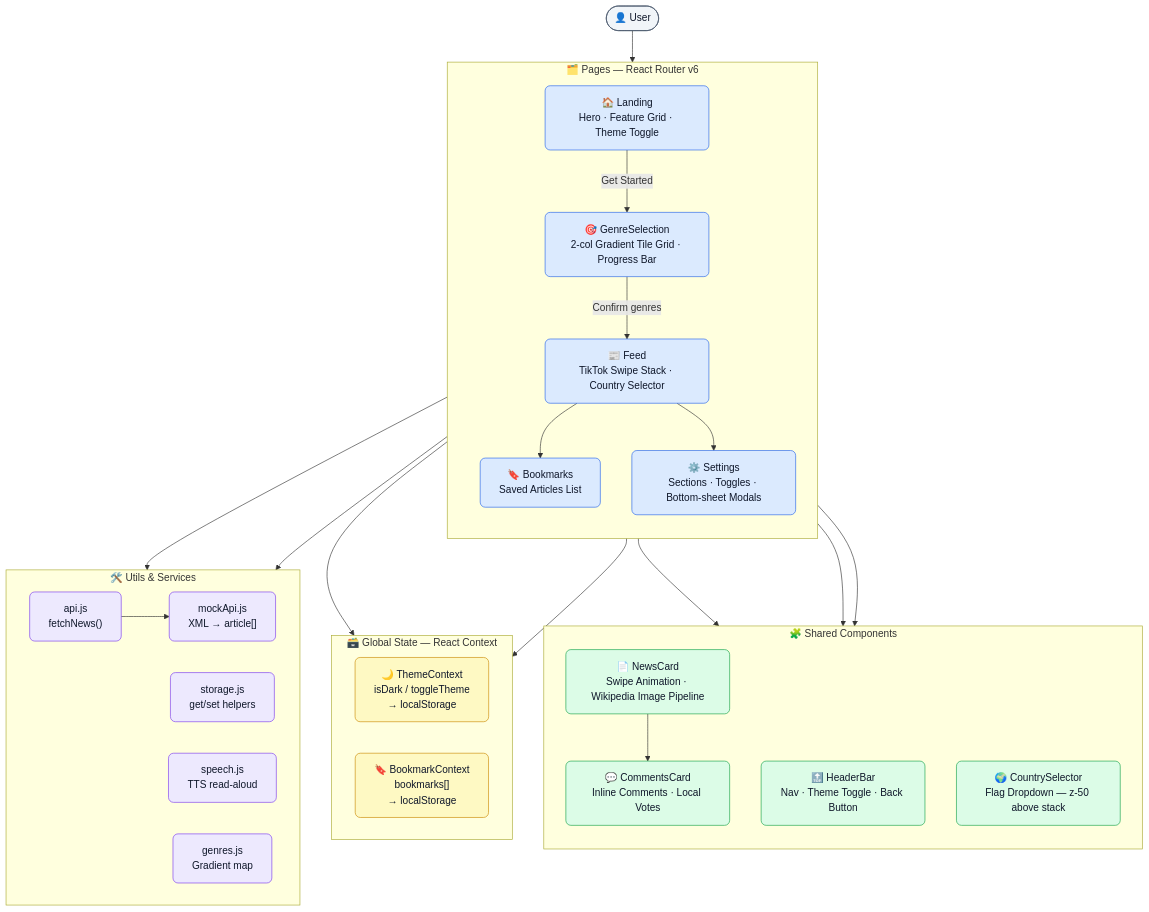
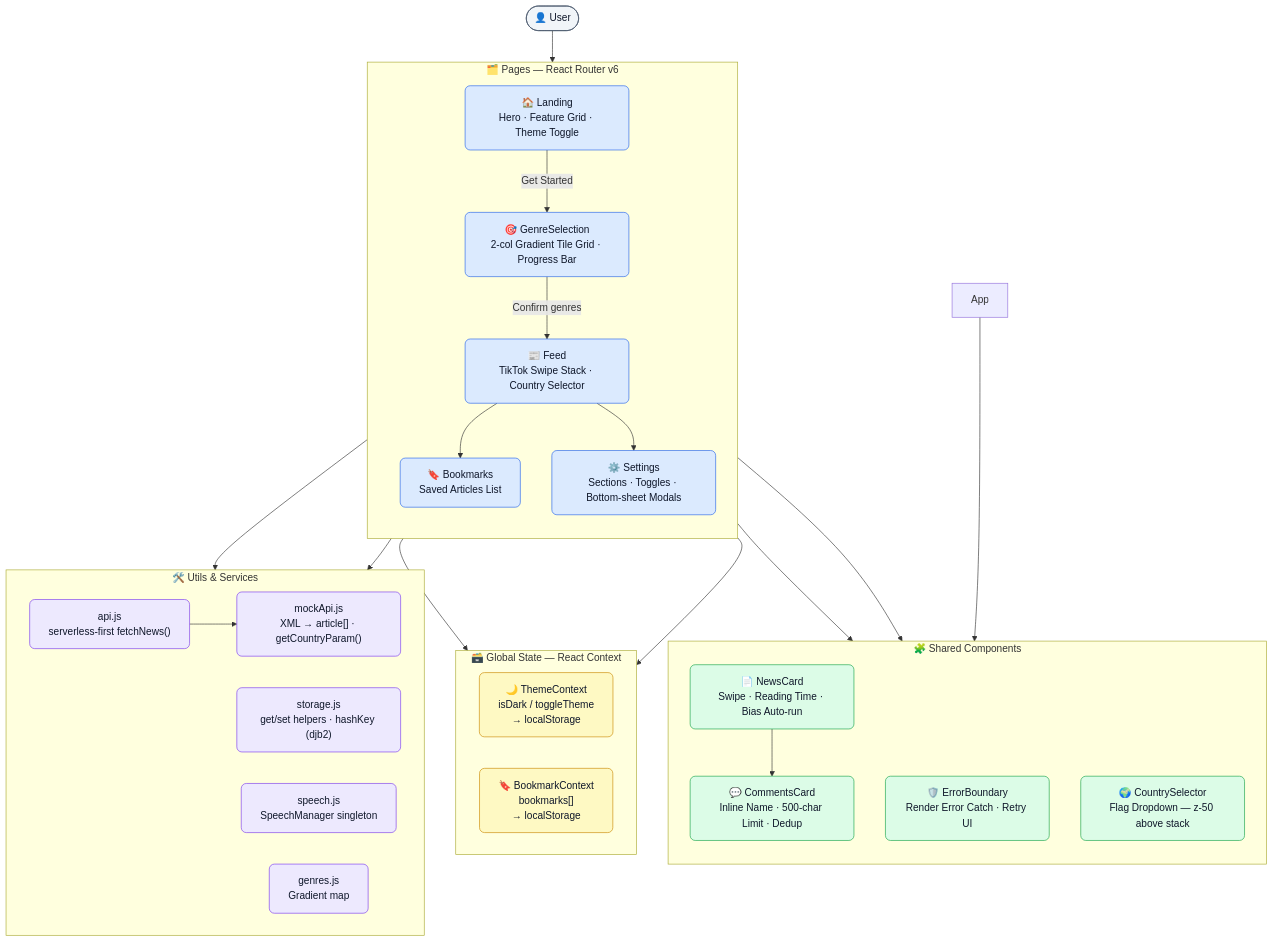
Before and after one commit to Vikx001/newsly: the first of 5 diagrams in README.md, drawn with Mermaid. The commit also changed other lines of this file and 13 other files, not shown here.

````diff
--- a/README.md
+++ b/README.md
@@ -74,65 +89,65 @@
 ```mermaid
 flowchart TD
     A(["👤 User"])
 
     A --> Landing
 
     subgraph Pages["🗂️ Pages — React Router v6"]
         direction TB
         Landing["🏠 Landing\nHero · Feature Grid · Theme Toggle"]
         Genre["🎯 GenreSelection\n2-col Gradient Tile Grid · Progress Bar"]
         Feed["📰 Feed\nTikTok Swipe Stack · Country Selector"]
         Bookmarks["🔖 Bookmarks\nSaved Articles List"]
         Settings["⚙️ Settings\nSections · Toggles · Bottom-sheet Modals"]
 
         Landing -->|"Get Started"| Genre
         Genre -->|"Confirm genres"| Feed
         Feed --> Bookmarks
         Feed --> Settings
     end
 
     subgraph Components["🧩 Shared Components"]
         direction TB
-        NewsCard["📄 NewsCard\nSwipe Animation · Wikipedia Image Pipeline"]
-        HeaderBar["🔝 HeaderBar\nNav · Theme Toggle · Back Button"]
+        NewsCard["📄 NewsCard\nSwipe · Reading Time · Bias Auto-run"]
+        ErrorBoundary["🛡️ ErrorBoundary\nRender Error Catch · Retry UI"]
         CountrySelector["🌍 CountrySelector\nFlag Dropdown — z-50 above stack"]
-        CommentsCard["💬 CommentsCard\nInline Comments · Local Votes"]
+        CommentsCard["💬 CommentsCard\nInline Name · 500-char Limit · Dedup"]
     end
 
     subgraph State["🗃️ Global State — React Context"]
         direction LR
         ThemeCtx["🌙 ThemeContext\nisDark / toggleTheme\n→ localStorage"]
         BookmarkCtx["🔖 BookmarkContext\nbookmarks[]\n→ localStorage"]
     end
 
     subgraph Utils["🛠️ Utils & Services"]
         direction LR
-        apiJs["api.js\nfetchNews()"]
-        mockApi["mockApi.js\nXML → article[]"]
-        storageJs["storage.js\nget/set helpers"]
-        speechJs["speech.js\nTTS read-aloud"]
+        apiJs["api.js\nserverless-first fetchNews()"]
+        mockApi["mockApi.js\nXML → article[] · getCountryParam()"]
+        storageJs["storage.js\nget/set helpers · hashKey (djb2)"]
+        speechJs["speech.js\nSpeechManager singleton"]
         genresJs["genres.js\nGradient map"]
     end
 
     Feed --> NewsCard
-    Feed --> HeaderBar
     Feed --> CountrySelector
     NewsCard --> CommentsCard
+    App --> ErrorBoundary
     Feed --> apiJs
     apiJs --> mockApi
     Settings --> ThemeCtx
     Settings --> storageJs
     Feed --> BookmarkCtx
 
     classDef page fill:#dbeafe,stroke:#2563eb,color:#0f172a,rx:8
     classDef component fill:#dcfce7,stroke:#16a34a,color:#0f172a,rx:8
     classDef ctx fill:#fef9c3,stroke:#ca8a04,color:#0f172a,rx:8
     classDef util fill:#ede9fe,stroke:#7c3aed,color:#0f172a,rx:8
     classDef user fill:#f1f5f9,stroke:#475569,color:#0f172a,rx:20
 
     class Landing,Genre,Feed,Bookmarks,Settings page
-    class NewsCard,HeaderBar,CountrySelector,CommentsCard component
+    class NewsCard,ErrorBoundary,CountrySelector,CommentsCard component
     class ThemeCtx,BookmarkCtx ctx
     class apiJs,mockApi,storageJs,speechJs,genresJs util
     class A user
 ```
````
